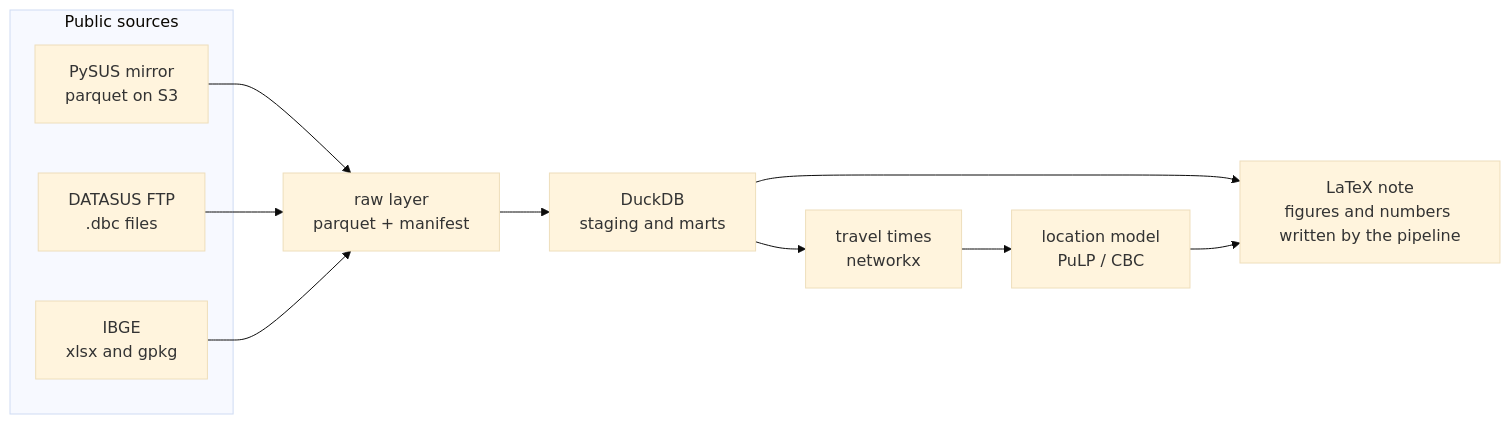
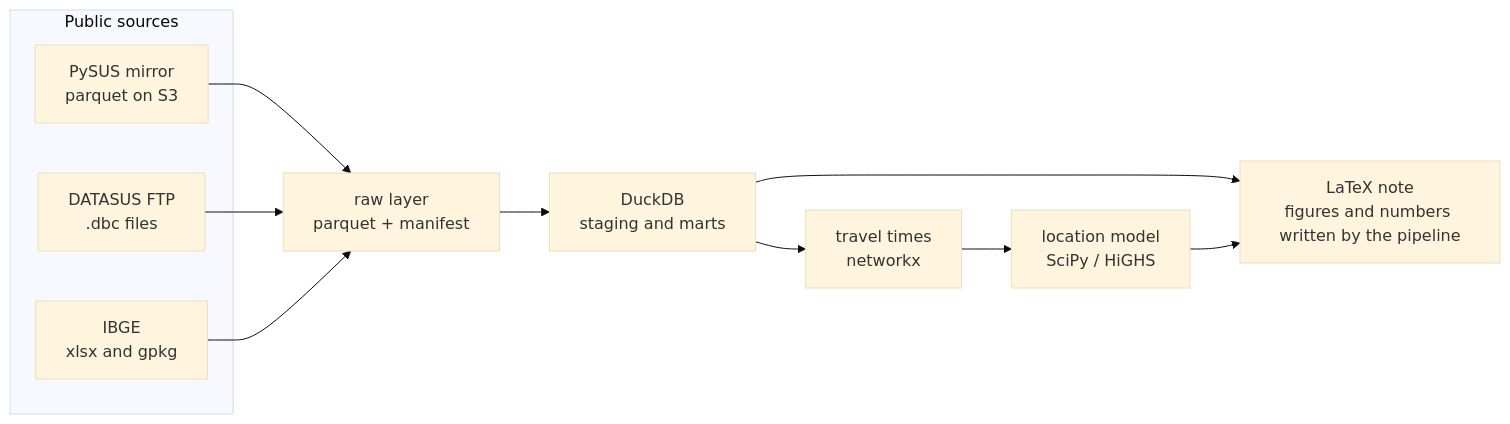
The diagram in docs/design.md (paulianne-fontoura/nicu-access-brazil), drawn with Mermaid (base theme) before and after one commit. The commit also changed other lines of this file and 29 other files, not shown here.

````diff
--- a/docs/design.md
+++ b/docs/design.md
@@ -57,16 +59,16 @@
 ```mermaid
 flowchart LR
   subgraph sources[Public sources]
     M[PySUS mirror<br/>parquet on S3]
     F[DATASUS FTP<br/>.dbc files]
     I[IBGE<br/>xlsx and gpkg]
   end
   M --> R
   F --> R
   I --> R
   R[raw layer<br/>parquet + manifest] --> W[DuckDB<br/>staging and marts]
   W --> G[travel times<br/>networkx]
-  G --> O[location model<br/>PuLP / CBC]
+  G --> O[location model<br/>SciPy / HiGHS]
   W --> N[LaTeX note<br/>figures and numbers written by the pipeline]
   O --> N
 ```
````
